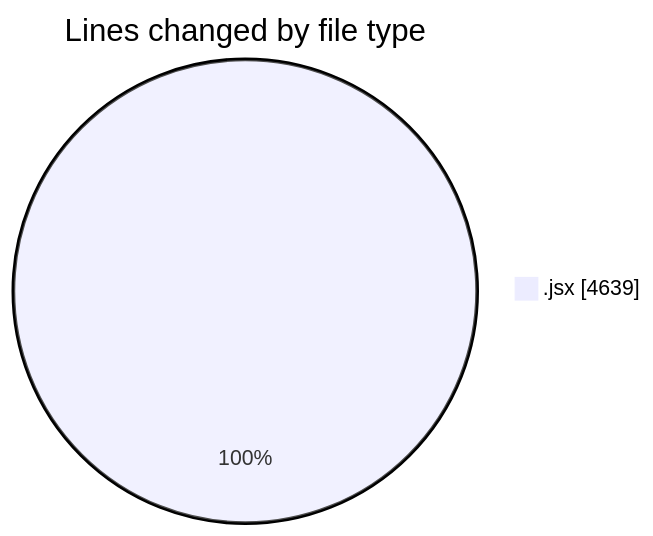
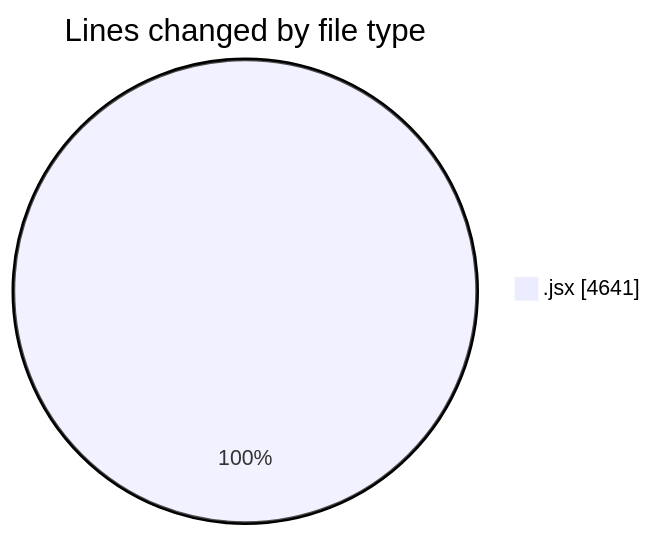
The first of 2 diagrams in 2025-05-27/nxtqube_webapp/README.md (nxtqubesakshisongat/code-tracking), drawn with Mermaid before and after one commit. The commit also changed other lines of this file and 1 other file, not shown here.

````diff
--- a/2025-05-27/nxtqube_webapp/README.md
+++ b/2025-05-27/nxtqube_webapp/README.md
@@ -23,5 +23,5 @@
 ```mermaid
 pie showData
 title Lines changed by file type
-".jsx" : 4639
+".jsx" : 4641
 ```
````
